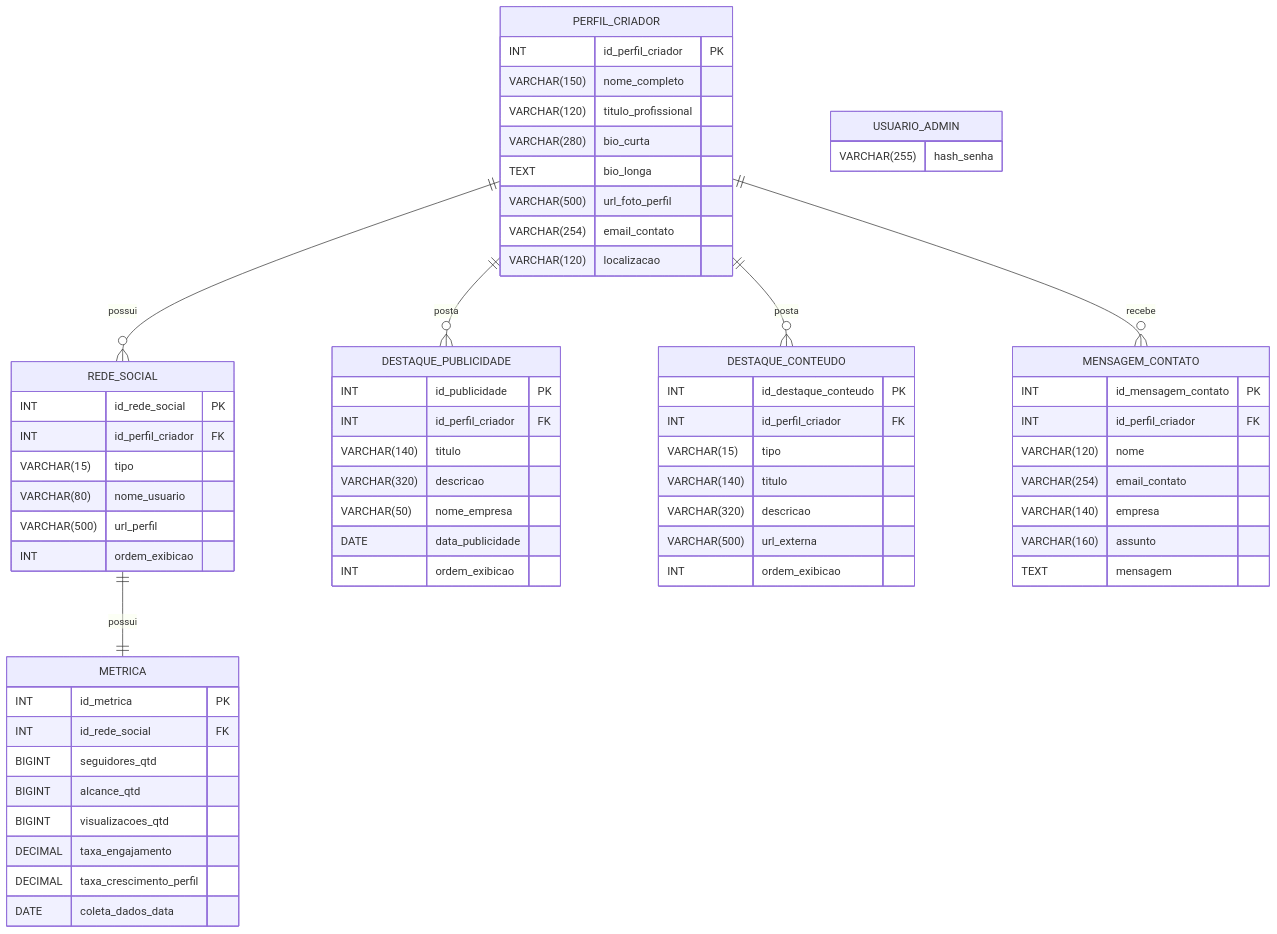
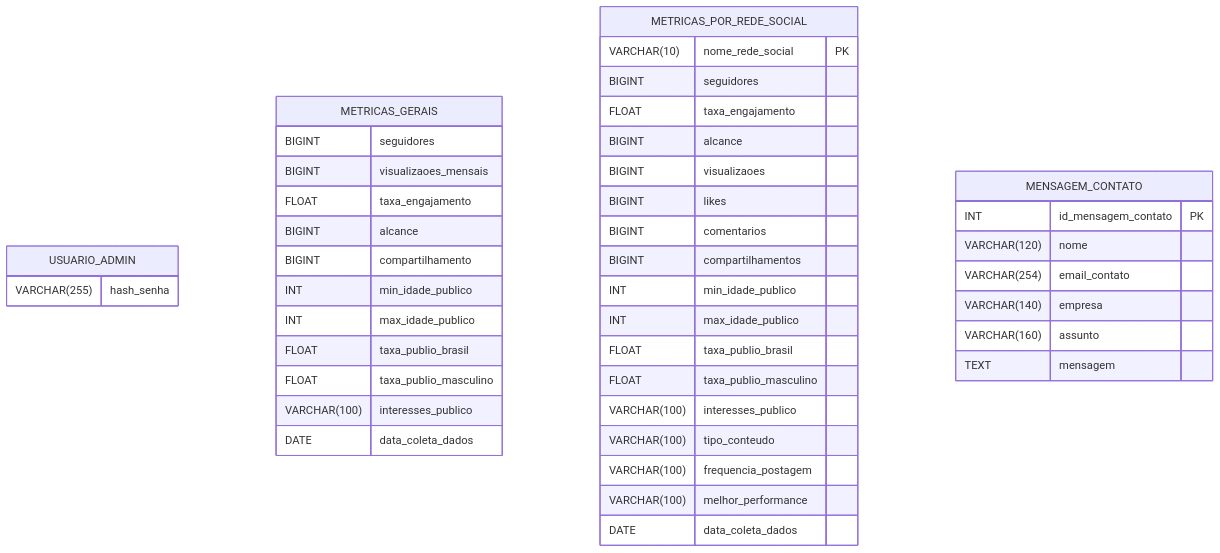
One commit to GTazz/Content-Creator-Personal-Website changed the diagram in README.md. Above: the diagram before and after it, drawn with Mermaid. The commit also changed 2 other files, not shown here.

Commit message:
Refactor: downgraded DDB structure to finish the project sooner

````diff
--- a/README.md
+++ b/README.md
@@ -5,73 +5,55 @@
 ```mermaid
 erDiagram
-    PERFIL_CRIADOR {
-        INT id_perfil_criador PK
-        VARCHAR(150) nome_completo
-        VARCHAR(120) titulo_profissional
-        VARCHAR(280) bio_curta
-        TEXT bio_longa
-        VARCHAR(500) url_foto_perfil
-        VARCHAR(254) email_contato
-        VARCHAR(120) localizacao
+    USUARIO_ADMIN {
+        VARCHAR(255) hash_senha
     }
+    
+    METRICAS_GERAIS {
+        BIGINT seguidores
+        BIGINT visualizaoes_mensais
+        FLOAT taxa_engajamento
+        BIGINT alcance
+        BIGINT compartilhamento
 
-    REDE_SOCIAL {
-        INT id_rede_social PK
-        INT id_perfil_criador FK
-        VARCHAR(15) tipo
-        VARCHAR(80) nome_usuario
-        VARCHAR(500) url_perfil
-        INT ordem_exibicao
+        INT min_idade_publico
+        INT max_idade_publico
+        FLOAT taxa_publio_brasil
+        FLOAT taxa_publio_masculino
+        VARCHAR(100) interesses_publico 
+
+        DATE data_coleta_dados
     }
+    
+    METRICAS_POR_REDE_SOCIAL {
+        VARCHAR(10) nome_rede_social PK
+        BIGINT seguidores
 
-    DESTAQUE_PUBLICIDADE {
-        INT id_publicidade PK
-        INT id_perfil_criador FK
-        VARCHAR(140) titulo
-        VARCHAR(320) descricao
-        VARCHAR(50) nome_empresa
-        DATE data_publicidade
-        INT ordem_exibicao
-    }
+        FLOAT taxa_engajamento
+        BIGINT alcance
+        BIGINT visualizaoes
+        BIGINT likes
+        BIGINT comentarios
+        BIGINT compartilhamentos
 
-    DESTAQUE_CONTEUDO {
-        INT id_destaque_conteudo PK
-        INT id_perfil_criador FK
-        VARCHAR(15) tipo
-        VARCHAR(140) titulo
-        VARCHAR(320) descricao
-        VARCHAR(500) url_externa
-        INT ordem_exibicao
-    }
-
-    METRICA {
-        INT id_metrica PK
-        INT id_rede_social FK
-        BIGINT seguidores_qtd
-        BIGINT alcance_qtd
-        BIGINT visualizacoes_qtd
-        DECIMAL taxa_engajamento
-        DECIMAL taxa_crescimento_perfil
-        DATE coleta_dados_data
+        INT min_idade_publico
+        INT max_idade_publico
+        FLOAT taxa_publio_brasil
+        FLOAT taxa_publio_masculino
+        VARCHAR(100) interesses_publico 
+        
+        VARCHAR(100) tipo_conteudo 
+        VARCHAR(100) frequencia_postagem
+        VARCHAR(100) melhor_performance
+        
+        DATE data_coleta_dados
     }
 
     MENSAGEM_CONTATO {
         INT id_mensagem_contato PK
-        INT id_perfil_criador FK
         VARCHAR(120) nome
         VARCHAR(254) email_contato
         VARCHAR(140) empresa
         VARCHAR(160) assunto
         TEXT mensagem
     }
-    
-    USUARIO_ADMIN {
-        VARCHAR(255) hash_senha
-    }
-    
-    PERFIL_CRIADOR ||--o{ MENSAGEM_CONTATO : recebe
-    PERFIL_CRIADOR ||--o{ REDE_SOCIAL : possui
-    REDE_SOCIAL ||--|| METRICA : possui
-    PERFIL_CRIADOR ||--o{ DESTAQUE_PUBLICIDADE : posta
-    PERFIL_CRIADOR ||--o{ DESTAQUE_CONTEUDO : posta
 ```
````
